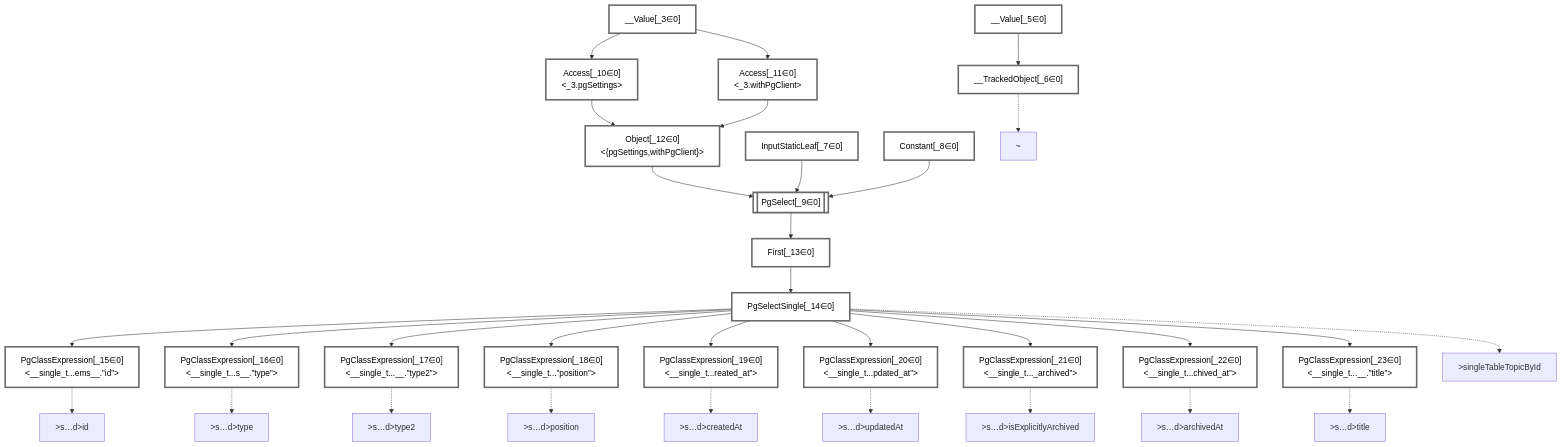
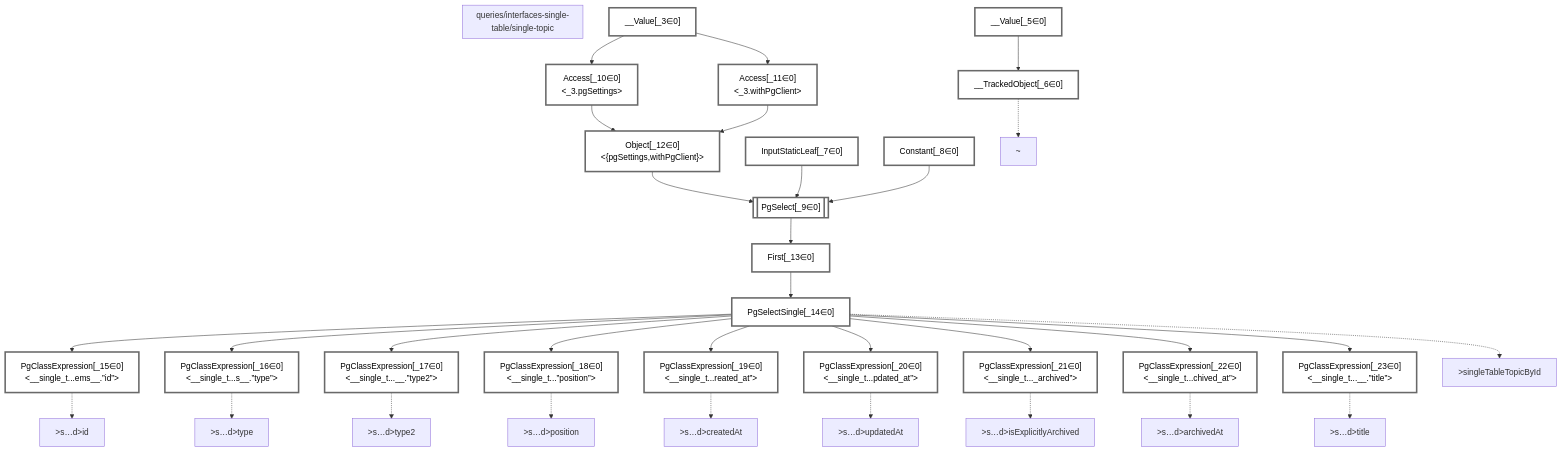
One commit to graphile/crystal changed the diagram in packages/dataplan-pg/__tests__/queries/interfaces-single-table/single-topic.mermaid.md. Above: the diagram before and after it, drawn with Mermaid. The commit also changed 195 other files, not shown here.

````diff
--- a/packages/dataplan-pg/__tests__/queries/interfaces-single-table/single-topic.mermaid.md
+++ b/packages/dataplan-pg/__tests__/queries/interfaces-single-table/single-topic.mermaid.md
@@ -1,80 +1,82 @@
 ```mermaid
 graph TD
+    subgraph "queries/interfaces-single-table/single-topic"
+    end
     classDef path fill:#eee,stroke:#000,color:#000
     classDef plan fill:#fff,stroke-width:3px,color:#000
     classDef itemplan fill:#fff,stroke-width:6px,color:#000
     classDef sideeffectplan fill:#f00,stroke-width:6px,color:#000
     classDef bucket fill:#f6f6f6,color:#000,stroke-width:6px,text-align:left
 
 
     %% define plans
     __Value_3["__Value[_3∈0]<br /><context>"]:::plan
     __Value_5["__Value[_5∈0]<br /><rootValue>"]:::plan
     __TrackedObject_6["__TrackedObject[_6∈0]"]:::plan
     InputStaticLeaf_7["InputStaticLeaf[_7∈0]"]:::plan
     Constant_8["Constant[_8∈0]"]:::plan
     PgSelect_9[["PgSelect[_9∈0]<br /><single_table_items>"]]:::plan
     Access_10["Access[_10∈0]<br /><_3.pgSettings>"]:::plan
     Access_11["Access[_11∈0]<br /><_3.withPgClient>"]:::plan
     Object_12["Object[_12∈0]<br /><{pgSettings,withPgClient}>"]:::plan
     First_13["First[_13∈0]"]:::plan
     PgSelectSingle_14["PgSelectSingle[_14∈0]<br /><single_table_items>"]:::plan
     PgClassExpression_15["PgClassExpression[_15∈0]<br /><__single_t...ems__.”id”>"]:::plan
     PgClassExpression_16["PgClassExpression[_16∈0]<br /><__single_t...s__.”type”>"]:::plan
     PgClassExpression_17["PgClassExpression[_17∈0]<br /><__single_t...__.”type2”>"]:::plan
     PgClassExpression_18["PgClassExpression[_18∈0]<br /><__single_t...”position”>"]:::plan
     PgClassExpression_19["PgClassExpression[_19∈0]<br /><__single_t...reated_at”>"]:::plan
     PgClassExpression_20["PgClassExpression[_20∈0]<br /><__single_t...pdated_at”>"]:::plan
     PgClassExpression_21["PgClassExpression[_21∈0]<br /><__single_t..._archived”>"]:::plan
     PgClassExpression_22["PgClassExpression[_22∈0]<br /><__single_t...chived_at”>"]:::plan
     PgClassExpression_23["PgClassExpression[_23∈0]<br /><__single_t...__.”title”>"]:::plan
 
     %% plan dependencies
     __Value_5 --> __TrackedObject_6
     Object_12 --> PgSelect_9
     InputStaticLeaf_7 --> PgSelect_9
     Constant_8 --> PgSelect_9
     __Value_3 --> Access_10
     __Value_3 --> Access_11
     Access_10 --> Object_12
     Access_11 --> Object_12
     PgSelect_9 --> First_13
     First_13 --> PgSelectSingle_14
     PgSelectSingle_14 --> PgClassExpression_15
     PgSelectSingle_14 --> PgClassExpression_16
     PgSelectSingle_14 --> PgClassExpression_17
     PgSelectSingle_14 --> PgClassExpression_18
     PgSelectSingle_14 --> PgClassExpression_19
     PgSelectSingle_14 --> PgClassExpression_20
     PgSelectSingle_14 --> PgClassExpression_21
     PgSelectSingle_14 --> PgClassExpression_22
     PgSelectSingle_14 --> PgClassExpression_23
 
     %% plan-to-path relationships
     P_6["~"]
     __TrackedObject_6 -.-> P_6
     P_14[">singleTableTopicById"]
     PgSelectSingle_14 -.-> P_14
     P_15[">s…d>id"]
     PgClassExpression_15 -.-> P_15
     P_16[">s…d>type"]
     PgClassExpression_16 -.-> P_16
     P_17[">s…d>type2"]
     PgClassExpression_17 -.-> P_17
     P_18[">s…d>position"]
     PgClassExpression_18 -.-> P_18
     P_19[">s…d>createdAt"]
     PgClassExpression_19 -.-> P_19
     P_20[">s…d>updatedAt"]
     PgClassExpression_20 -.-> P_20
     P_21[">s…d>isExplicitlyArchived"]
     PgClassExpression_21 -.-> P_21
     P_22[">s…d>archivedAt"]
     PgClassExpression_22 -.-> P_22
     P_23[">s…d>title"]
     PgClassExpression_23 -.-> P_23
 
     %% allocate buckets
     classDef bucket0 stroke:#696969
     class __Value_3,__Value_5,__TrackedObject_6,InputStaticLeaf_7,Constant_8,PgSelect_9,Access_10,Access_11,Object_12,First_13,PgSelectSingle_14,PgClassExpression_15,PgClassExpression_16,PgClassExpression_17,PgClassExpression_18,PgClassExpression_19,PgClassExpression_20,PgClassExpression_21,PgClassExpression_22,PgClassExpression_23 bucket0
 ```
````
